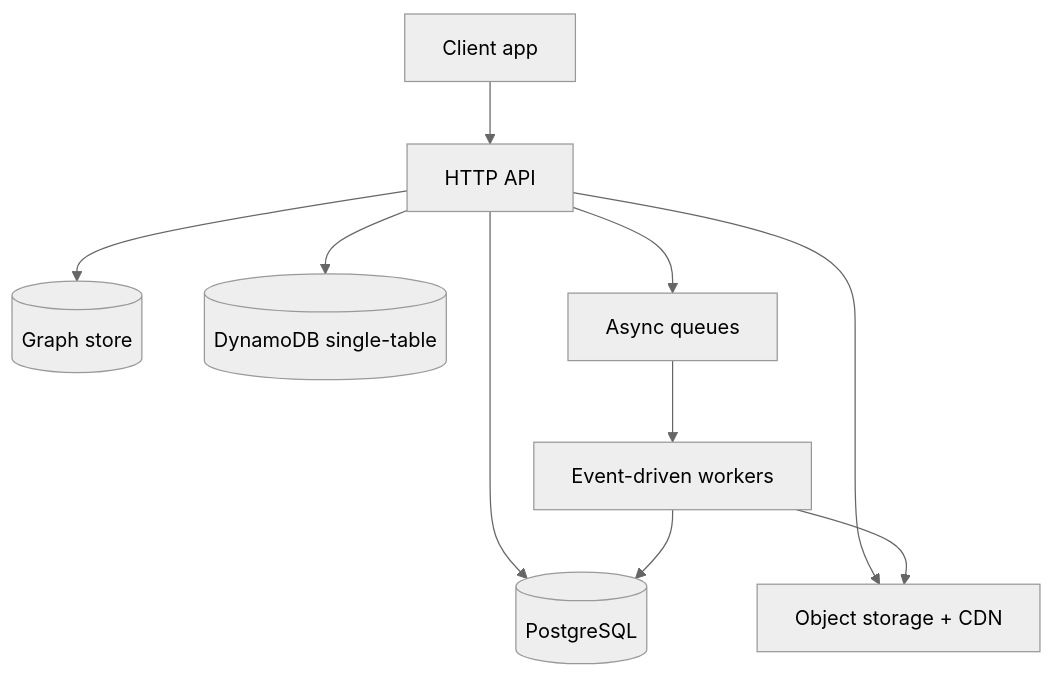
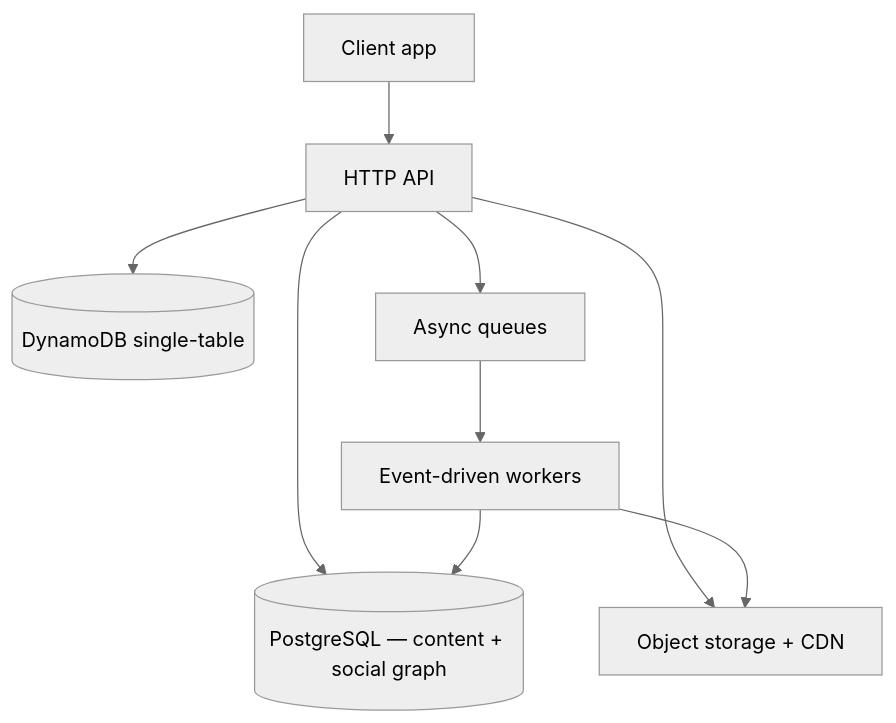
Before and after one commit to de-otio/trellis: the diagram in docs/concepts/architecture-overview.md, drawn with Mermaid (neutral theme). The commit also changed other lines of this file and 47 other files, not shown here.

````diff
--- a/docs/concepts/architecture-overview.md
+++ b/docs/concepts/architecture-overview.md
@@ -24,12 +24,11 @@
 ```mermaid
 flowchart TD
     Client[Client app] --> API[HTTP API]
-    API --> DB[(PostgreSQL)]
-    API --> Graph[(Graph store)]
+    API --> DB[(PostgreSQL — content + social graph)]
     API --> KV[(DynamoDB single-table)]
     API --> Storage[Object storage + CDN]
     API --> Queue[Async queues]
     Queue --> Workers[Event-driven workers]
     Workers --> DB
     Workers --> Storage
 ```
````
